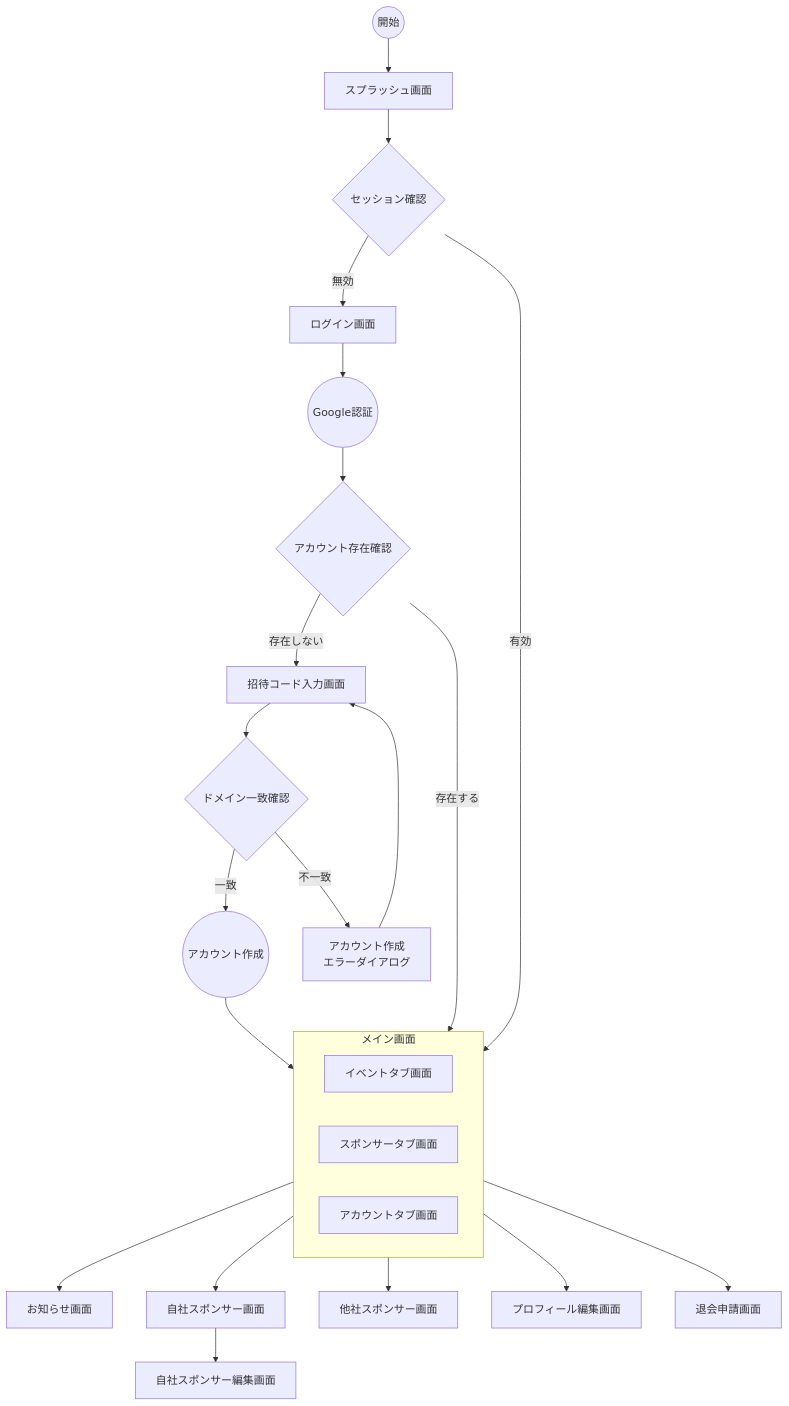
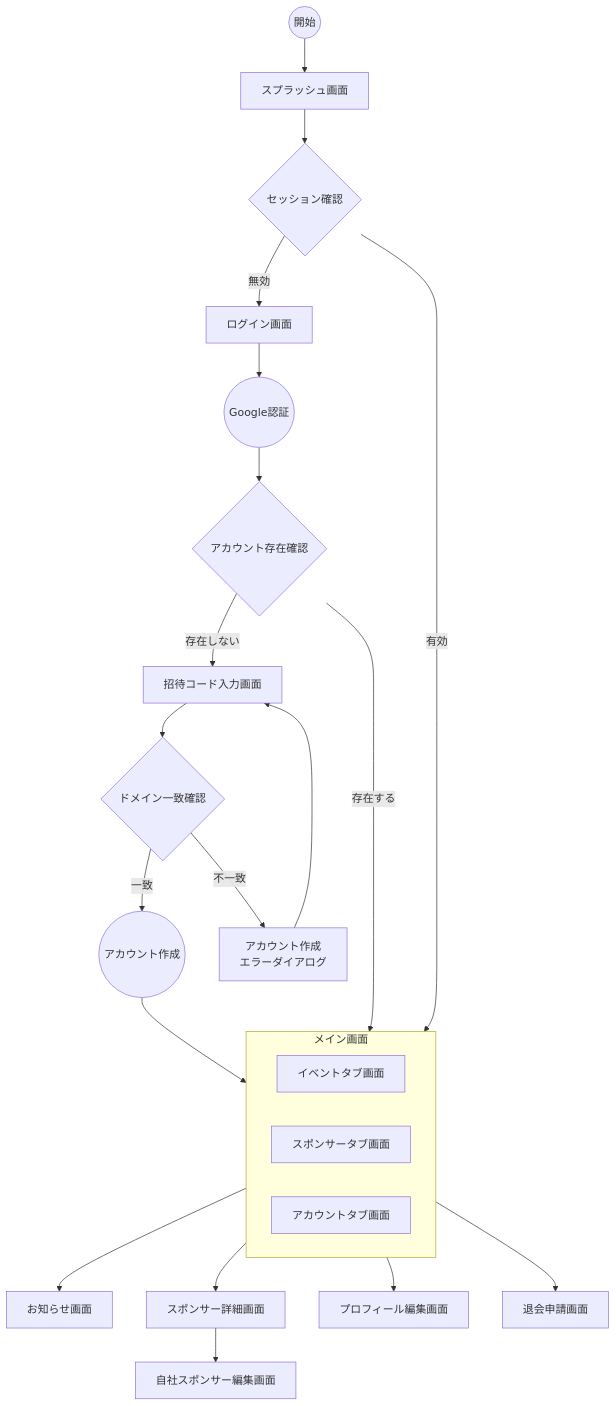
The diagram in docs/dashboard/SCREENS.md (FlutterKaigi/2025), drawn with Mermaid before and after one commit. The commit also changed other lines of this file, not shown here.

Commit message:
docs: 自社・他社スポンサー画面をスポンサー詳細画面に統合

````diff
--- a/docs/dashboard/SCREENS.md
+++ b/docs/dashboard/SCREENS.md
@@ -51,38 +50,37 @@
 ```mermaid
 flowchart TD
     Start((開始)) --> Splash[スプラッシュ画面]
     Splash --> SessionCheck{セッション確認}
     SessionCheck --> |有効| EventTab[イベントタブ画面]
     SessionCheck --> |無効| Login[ログイン画面]
     
     %% 認証フロー
     Login --> GoogleAuth((Google認証))
     GoogleAuth --> AccountCheck{アカウント存在確認}
     AccountCheck --> |存在する| EventTab[イベントタブ画面]
     AccountCheck --> |存在しない| InvitationCode[招待コード入力画面]
     
     %% 新規登録フロー
     InvitationCode --> DomainCheck{ドメイン一致確認}
     DomainCheck --> |一致| CreateAccount((アカウント作成))
     DomainCheck --> |不一致| RegisterError[アカウント作成<br>エラーダイアログ]
     RegisterError --> InvitationCode
     CreateAccount --> EventTab
     
     %% メイン画面のタブ構成
     subgraph Main[メイン画面]
       direction LR
       EventTab[イベントタブ画面]
       SponsorTab[スポンサータブ画面]
       Account[アカウントタブ画面]
     end
 
     EventTab --> News[お知らせ画面]
     
-    SponsorTab --> OwnSponsor[自社スポンサー画面]
-    SponsorTab --> OtherSponsor[他社スポンサー画面]
+    SponsorTab --> SponsorDetail[スポンサー詳細画面]
     
-    OwnSponsor --> OwnSponsorEdit[自社スポンサー編集画面]
+    SponsorDetail --> OwnSponsorEdit[自社スポンサー編集画面]
     
     Account --> Profile[プロフィール編集画面]
     Account --> Withdrawal[退会申請画面]
 ```
````
